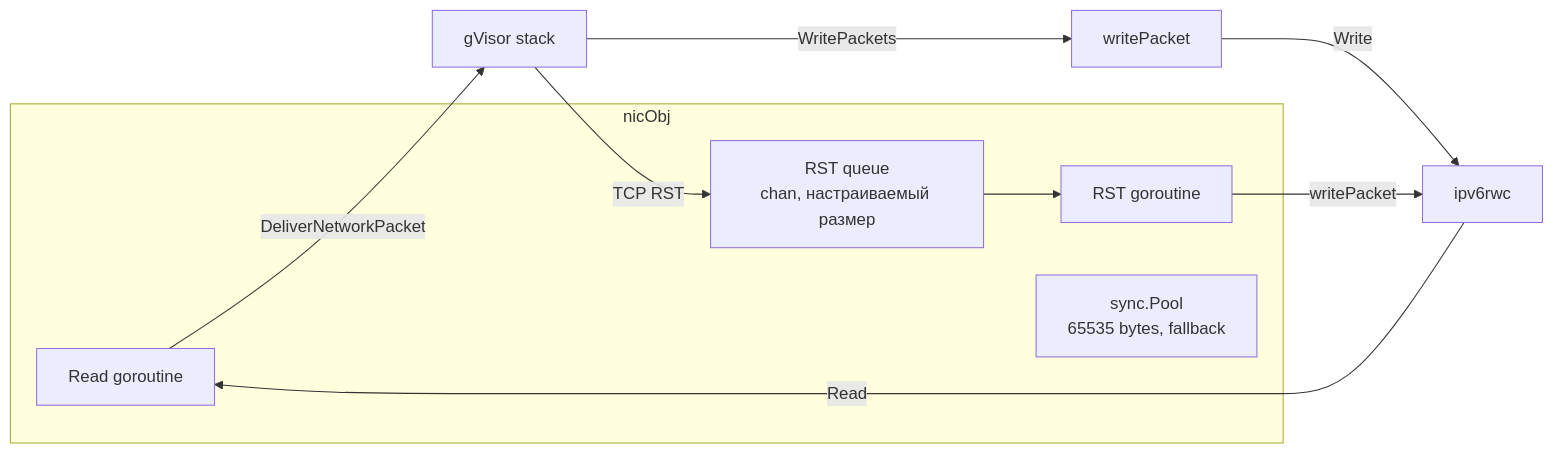
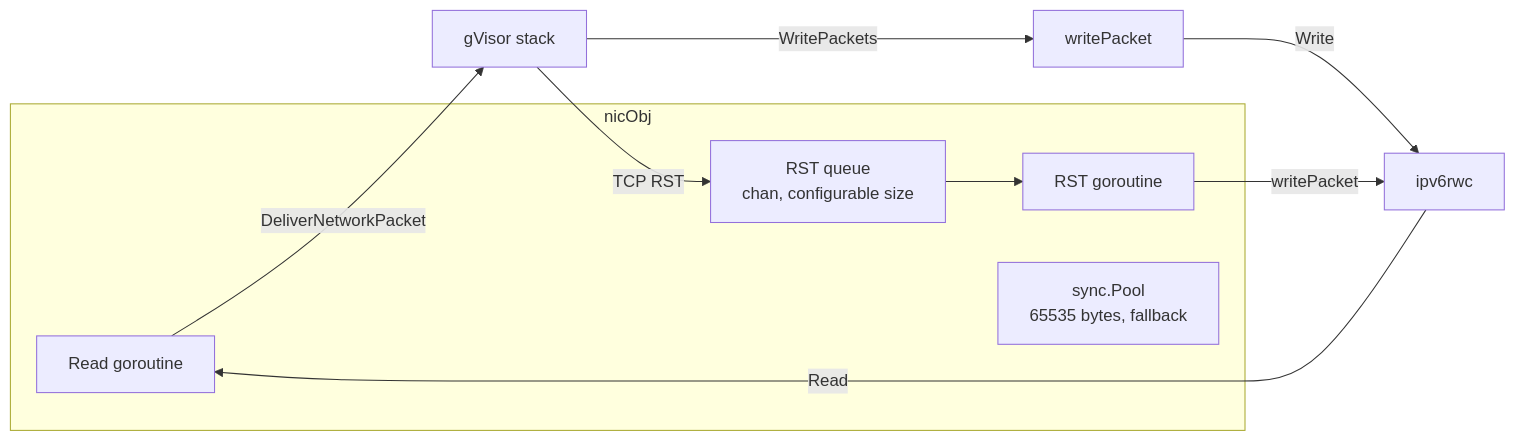
The third of 11 diagrams in README.md (voluminor/ratatoskr), drawn with Mermaid before and after one commit. The commit also changed other lines of this file and 1 other file, not shown here.

````diff
--- a/README.md
+++ b/README.md
@@ -197,17 +199,17 @@
 ```mermaid
 graph LR
     subgraph nicObj
         ReadLoop[Read goroutine]
         RSTLoop[RST goroutine]
-        RSTQueue[RST queue<br/>chan, настраиваемый размер]
+        RSTQueue[RST queue<br/>chan, configurable size]
         WriteBufPool[sync.Pool<br/>65535 bytes, fallback]
     end
 
     YGG[ipv6rwc] -->|Read| ReadLoop
     ReadLoop -->|DeliverNetworkPacket| GV[gVisor stack]
     GV -->|WritePackets| WP[writePacket]
     WP -->|Write| YGG
     GV -->|TCP RST| RSTQueue
     RSTQueue --> RSTLoop
     RSTLoop -->|writePacket| YGG
 ```
````
